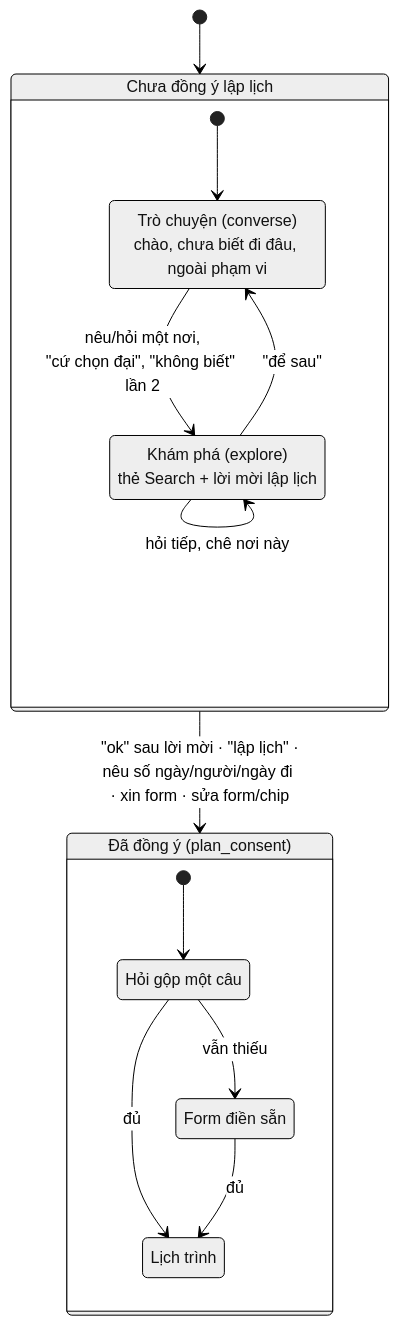
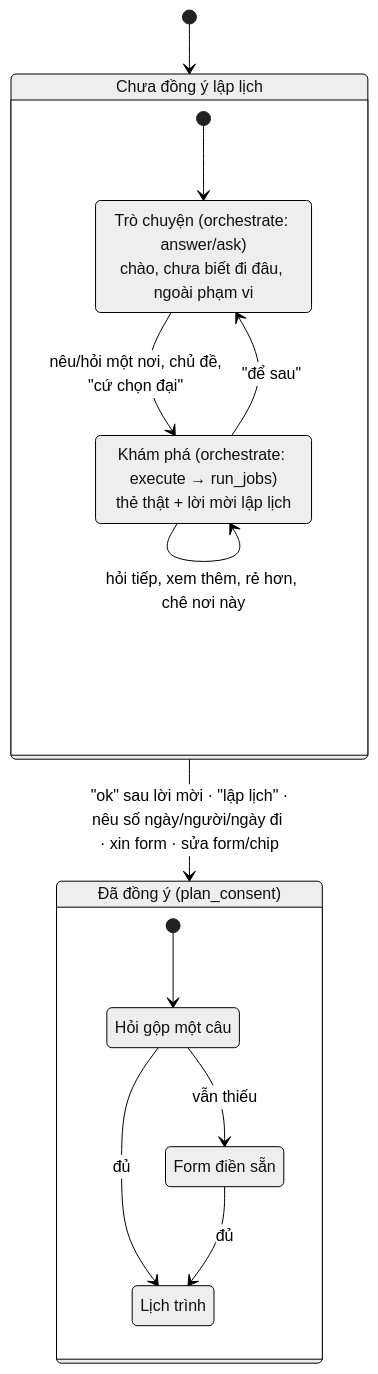
One commit to NguyenNhat4/Travel-Recommend-System changed the diagram in docs/spec/agent/nghiep-vu/tro-chuyen-va-kham-pha.md. Above: the diagram before and after it, drawn with Mermaid (neutral theme). The commit also changed other lines of this file and 163 other files, not shown here.

````diff
--- a/docs/spec/agent/nghiep-vu/tro-chuyen-va-kham-pha.md
+++ b/docs/spec/agent/nghiep-vu/tro-chuyen-va-kham-pha.md
@@ -34,22 +35,22 @@
 ```mermaid
 stateDiagram-v2
     [*] --> ChuaDongY
     state "Chưa đồng ý lập lịch" as ChuaDongY {
         [*] --> TroChuyen
-        TroChuyen: Trò chuyện (converse)<br/>chào, chưa biết đi đâu, ngoài phạm vi
-        KhamPha: Khám phá (explore)<br/>thẻ Search + lời mời lập lịch
-        TroChuyen --> KhamPha: nêu/hỏi một nơi,<br/>"cứ chọn đại", "không biết" lần 2
-        KhamPha --> KhamPha: hỏi tiếp, chê nơi này
+        TroChuyen: Trò chuyện (orchestrate: answer/ask)<br/>chào, chưa biết đi đâu, ngoài phạm vi
+        KhamPha: Khám phá (orchestrate: execute → run_jobs)<br/>thẻ thật + lời mời lập lịch
+        TroChuyen --> KhamPha: nêu/hỏi một nơi, chủ đề,<br/>"cứ chọn đại"
+        KhamPha --> KhamPha: hỏi tiếp, xem thêm, rẻ hơn, chê nơi này
         KhamPha --> TroChuyen: "để sau"
     }
     ChuaDongY --> DaDongY: "ok" sau lời mời · "lập lịch" ·<br/>nêu số ngày/người/ngày đi · xin form · sửa form/chip
     state "Đã đồng ý (plan_consent)" as DaDongY {
         [*] --> HoiGop
         HoiGop: Hỏi gộp một câu
         Form: Form điền sẵn
         Lich: Lịch trình
         HoiGop --> Form: vẫn thiếu
         HoiGop --> Lich: đủ
         Form --> Lich: đủ
     }
 ```
````
